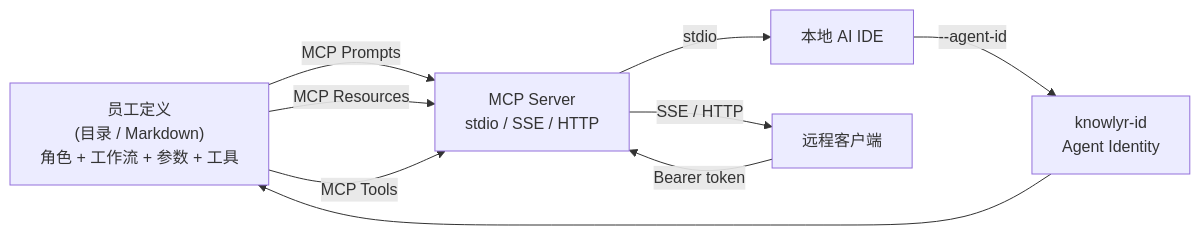
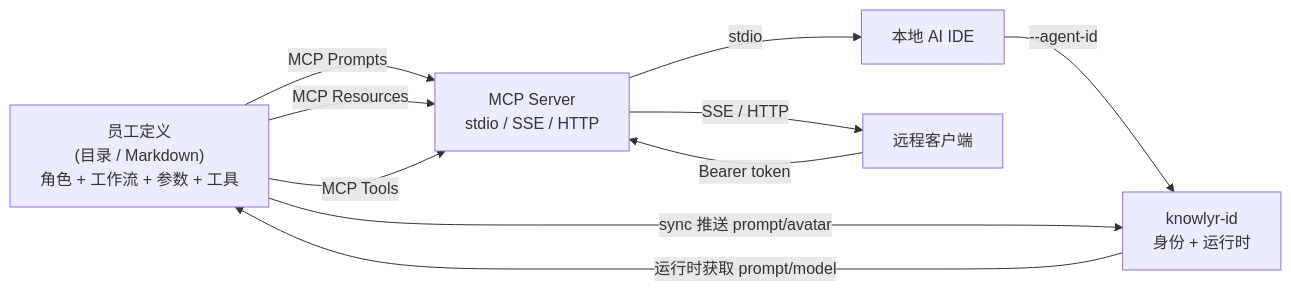
One commit to liuxiaotong/knowlyr-crew changed the first of 3 diagrams in README.md. Above: the diagram before and after it, drawn with Mermaid. The commit also changed other lines of this file, not shown here.

````diff
--- a/README.md
+++ b/README.md
@@ -47,11 +47,12 @@
 ```mermaid
 graph LR
     E["员工定义<br/>(目录 / Markdown)<br/>角色 + 工作流 + 参数 + 工具"] -->|MCP Prompts| S["MCP Server<br/>stdio / SSE / HTTP"]
     E -->|MCP Resources| S
     E -->|MCP Tools| S
     S -->|stdio| IDE["本地 AI IDE"]
     S -->|SSE / HTTP| Remote["远程客户端"]
-    IDE -->|--agent-id| ID["knowlyr-id<br/>Agent Identity"]
+    IDE -->|--agent-id| ID["knowlyr-id<br/>身份 + 运行时"]
     Remote -->|Bearer token| S
-    ID --> E
+    ID -->|运行时获取 prompt/model| E
+    E -->|sync 推送 prompt/avatar| ID
 ```
````
